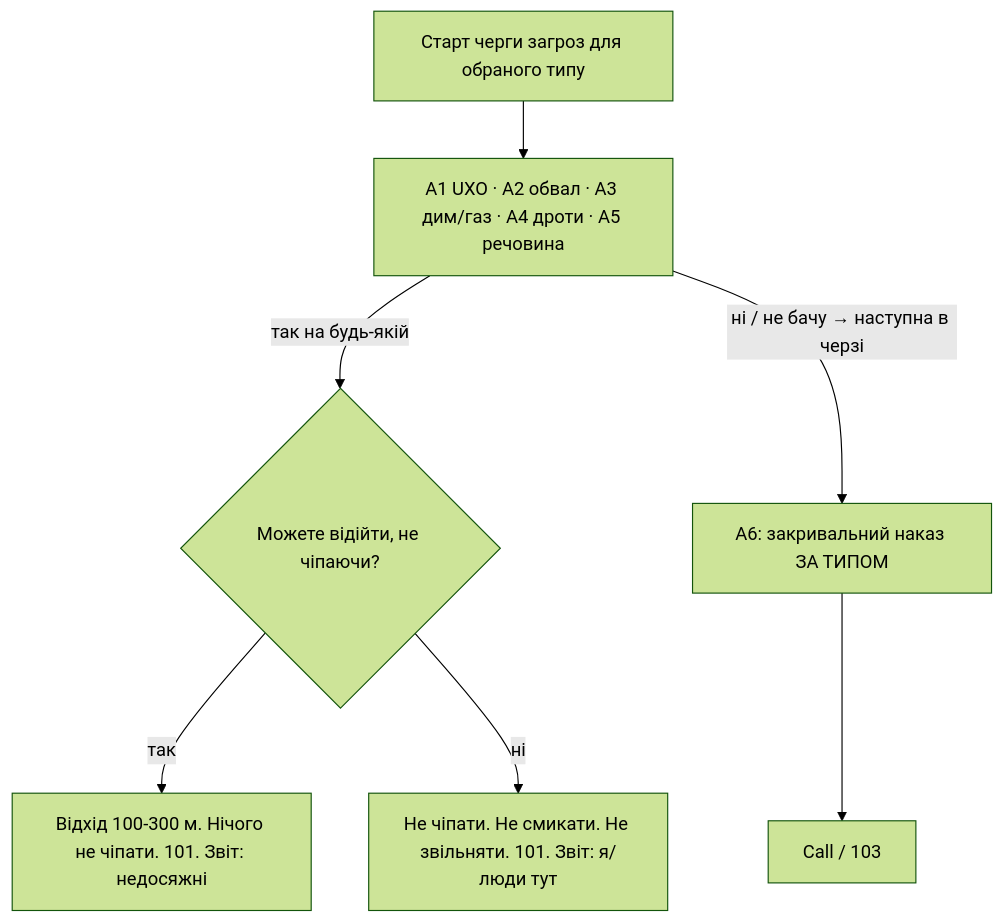
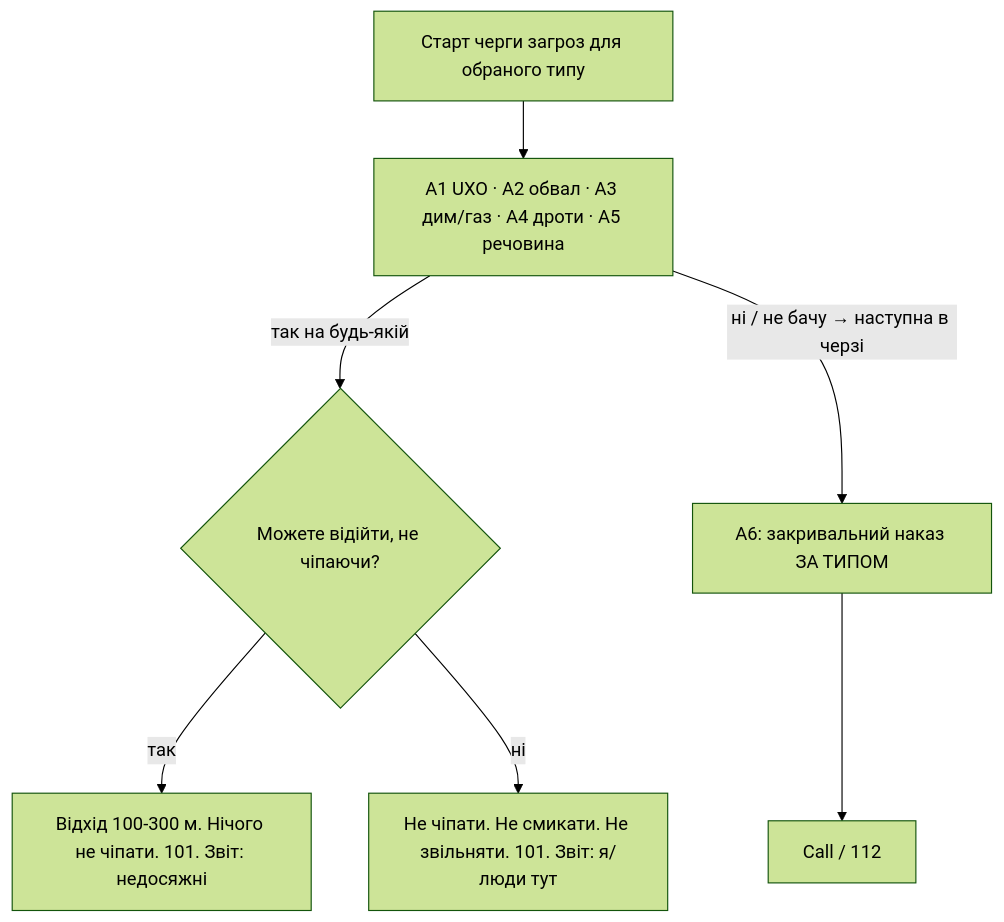
Before and after one commit to kaiserdem/ZeroEchelon: the second of 12 diagrams in docs/04-блок-схеми.md, drawn with Mermaid (forest theme). The commit also changed other lines of this file and 21 other files, not shown here.

````diff
--- a/docs/04-блок-схеми.md
+++ b/docs/04-блок-схеми.md
@@ -72,9 +72,9 @@
 ```mermaid
 flowchart TD
   A0["Старт черги загроз для обраного типу"] --> Threats["A1 UXO · A2 обвал · A3 дим/газ · A4 дроти · A5 речовина"]
   Threats -->|"так на будь-якій"| CanLeave{"Можете відійти, не чіпаючи?"}
   Threats -->|"ні / не бачу → наступна в черзі"| A6["A6: закривальний наказ ЗА ТИПОМ"]
   CanLeave -->|"так"| Out["Відхід 100-300 м. Нічого не чіпати. 101. Звіт: недосяжні"]
   CanLeave -->|"ні"| OutTrap["Не чіпати. Не смикати. Не звільняти. 101. Звіт: я/люди тут"]
-  A6 --> Call["Call / 103"]
+  A6 --> Call["Call / 112"]
 ```
````
